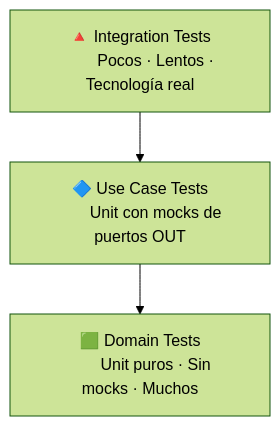
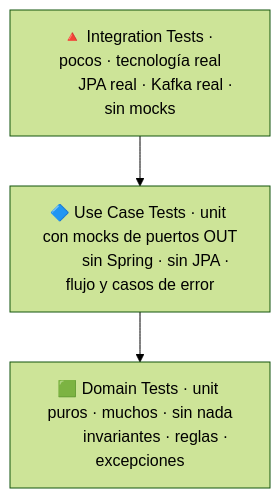
The fifth of 5 diagrams in software-design/README.md (wikicode96/software-architecture), drawn with Mermaid (forest theme) before and after one commit. The commit also changed other lines of this file, not shown here.

````diff
--- a/software-design/README.md
+++ b/software-design/README.md
@@ -448,14 +169,16 @@
 ```mermaid
 flowchart TD
-    A["🔺 Integration Tests
-        Pocos · Lentos · Tecnología real
+    A["
+        🔺 Integration Tests · pocos · tecnología real
+        JPA real · Kafka real · sin mocks
     "]
-    B["🔷 Use Case Tests
-        Unit con mocks de puertos OUT
+    B["
+        🔷 Use Case Tests · unit con mocks de puertos OUT
+        sin Spring · sin JPA · flujo y casos de error
     "]
-    C["🟩 Domain Tests
-        Unit puros · Sin mocks · Muchos
+    C["
+        🟩 Domain Tests · unit puros · muchos · sin nada
+        invariantes · reglas · excepciones
     "]
-
     A --> B --> C
 ```
````
